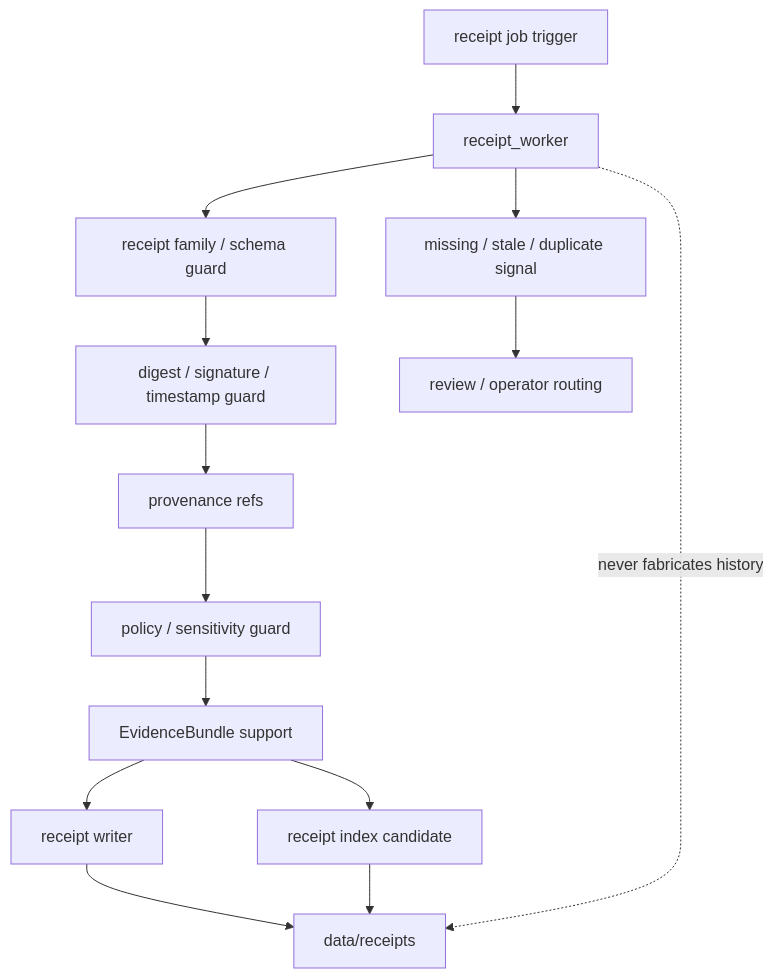
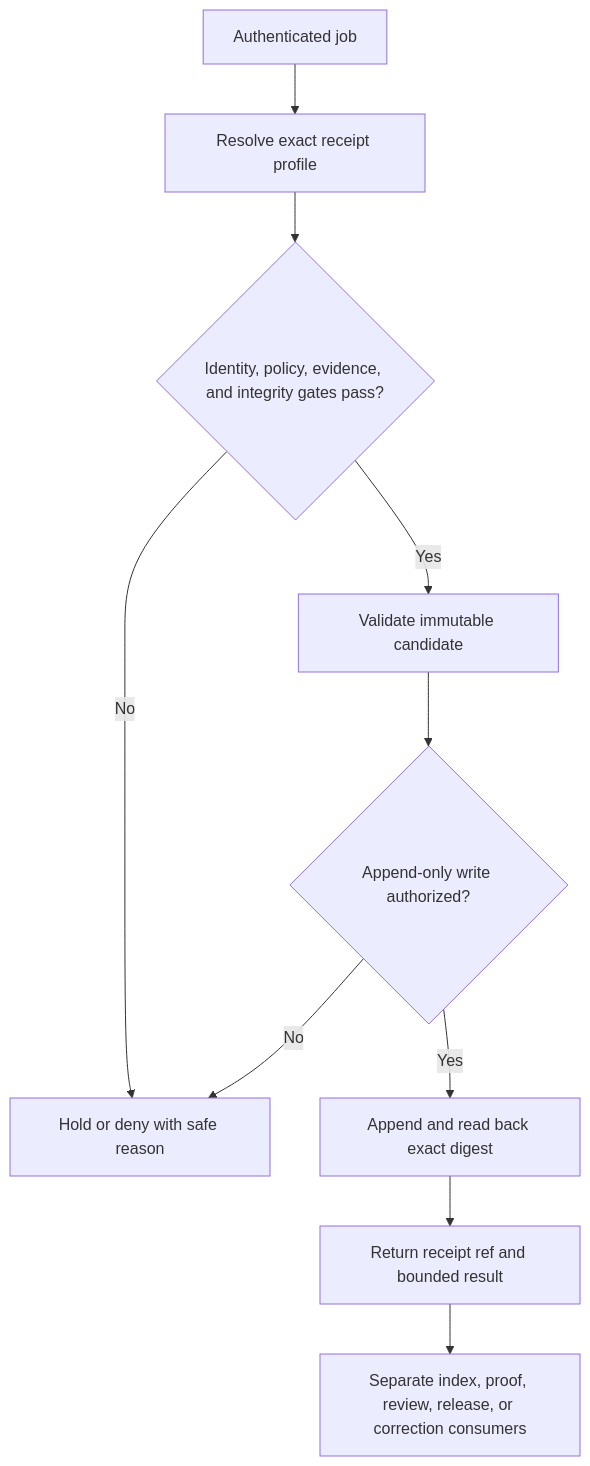
The diagram in apps/workers/src/receipt_worker/README.md (bartytime4life/Kansas-Frontier-Matrix), drawn with Mermaid before and after one commit. The commit also changed other lines of this file, not shown here.

Commit message:
docs(workers): modernize receipt worker boundary

````diff
--- a/apps/workers/src/receipt_worker/README.md
+++ b/apps/workers/src/receipt_worker/README.md
@@ -198,16 +391,12 @@
 ```mermaid
 flowchart TD
-    trigger["receipt job trigger"] --> worker["receipt_worker"]
-    worker --> family["receipt family / schema guard"]
-    family --> integrity["digest / signature / timestamp guard"]
-    integrity --> prov["provenance refs"]
-    prov --> policy["policy / sensitivity guard"]
-    policy --> evidence["EvidenceBundle support"]
-    evidence --> emit["receipt writer"]
-    evidence --> index["receipt index candidate"]
-    emit --> receipts["data/receipts"]
-    index --> receipts
-    worker --> drift["missing / stale / duplicate signal"]
-    drift --> review["review / operator routing"]
-    worker -. "never fabricates history" .-> receipts
+    A["Authenticated job"] --> B["Resolve exact receipt profile"]
+    B --> C{"Identity, policy, evidence, and integrity gates pass?"}
+    C -- "No" --> D["Hold or deny with safe reason"]
+    C -- "Yes" --> E["Validate immutable candidate"]
+    E --> F{"Append-only write authorized?"}
+    F -- "No" --> D
+    F -- "Yes" --> G["Append and read back exact digest"]
+    G --> H["Return receipt ref and bounded result"]
+    H --> I["Separate index, proof, review, release, or correction consumers"]
 ```
````
